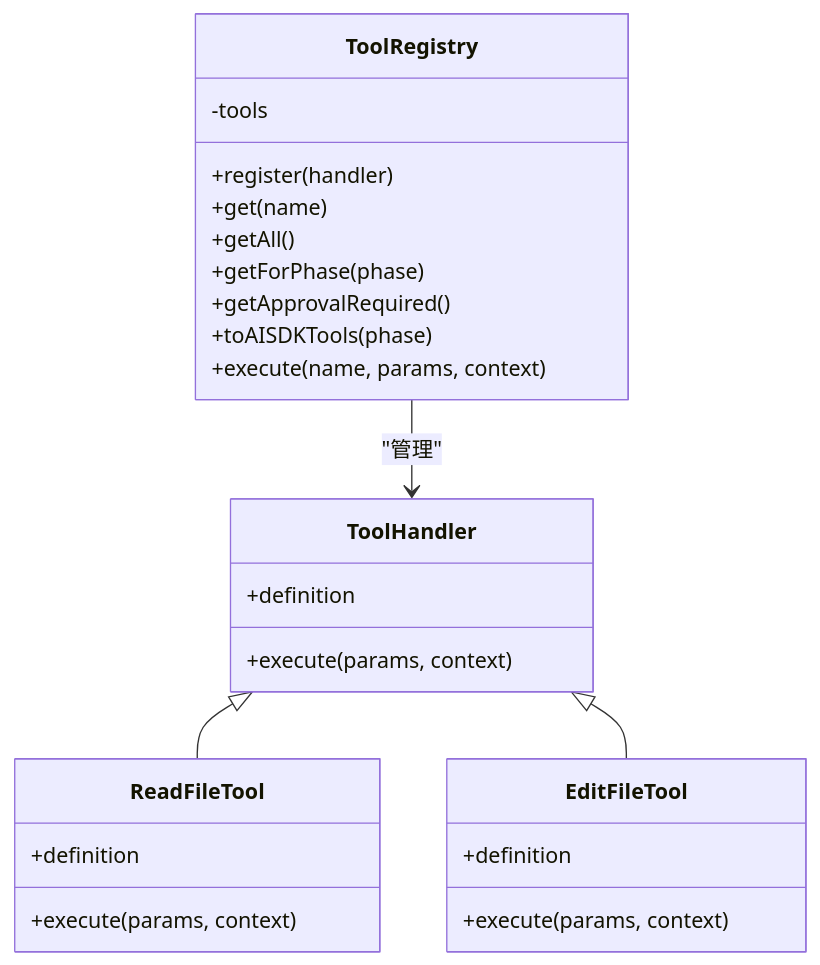
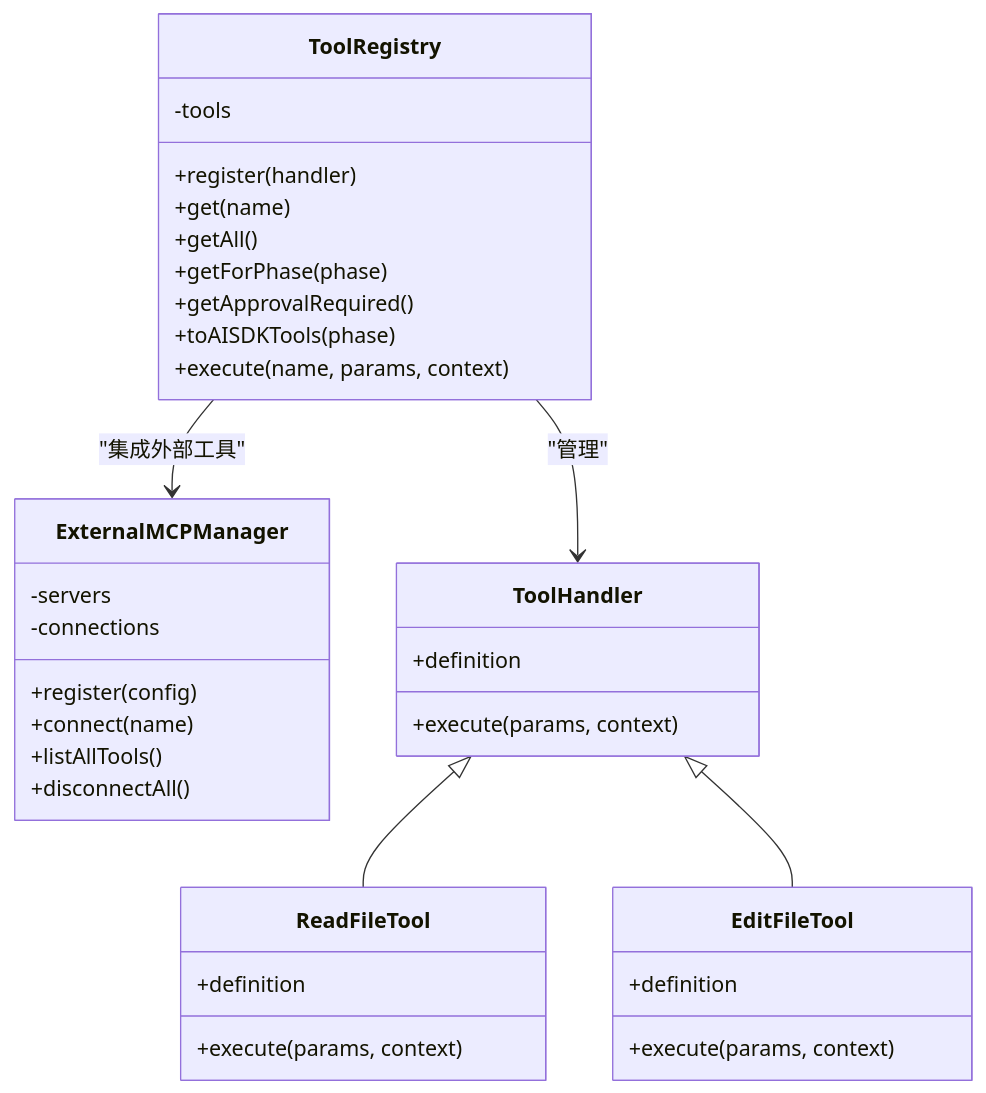
Before and after one commit to matter000/Nexus: the eighth of 10 diagrams in .qoder/repowiki/zh/content/项目概述/架构概览.md, drawn with Mermaid. The commit also changed other lines of this file and 64 other files, not shown here.

````diff
--- a/.qoder/repowiki/zh/content/项目概述/架构概览.md
+++ b/.qoder/repowiki/zh/content/项目概述/架构概览.md
@@ -305,28 +382,37 @@
 ```mermaid
 classDiagram
 class ToolRegistry {
 -tools
 +register(handler)
 +get(name)
 +getAll()
 +getForPhase(phase)
 +getApprovalRequired()
 +toAISDKTools(phase)
 +execute(name, params, context)
+}
+class ExternalMCPManager {
+-servers
+-connections
++register(config)
++connect(name)
++listAllTools()
++disconnectAll()
 }
 class ToolHandler {
 +definition
 +execute(params, context)
 }
 class ReadFileTool {
 +definition
 +execute(params, context)
 }
 class EditFileTool {
 +definition
 +execute(params, context)
 }
 ToolRegistry --> ToolHandler : "管理"
+ToolRegistry --> ExternalMCPManager : "集成外部工具"
 ToolHandler <|-- ReadFileTool
 ToolHandler <|-- EditFileTool
 ```
````
